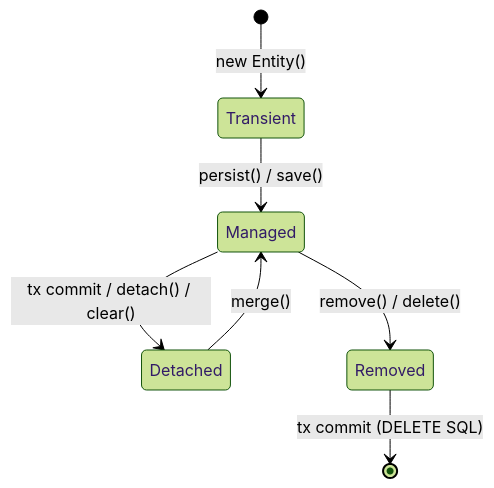
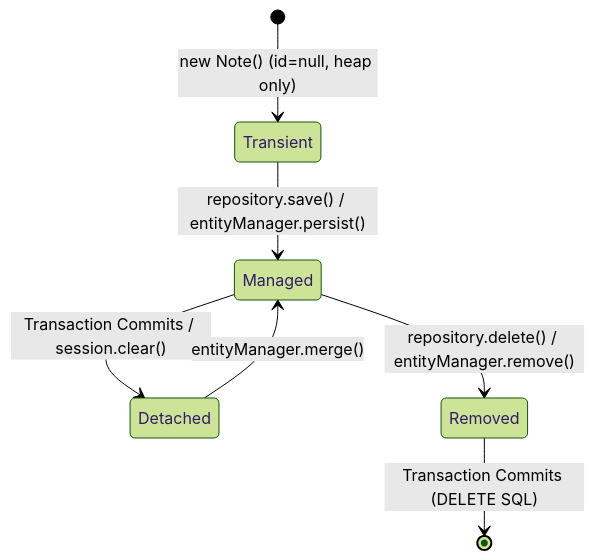
One commit to weaponxwolf/backend-engineering-mastry changed the third of 4 diagrams in docs/spring-boot/jpa-hibernate.mdx. Above: the diagram before and after it, drawn with Mermaid (forest theme). The commit also changed other lines of this file and 14 other files, not shown here.

Commit message:
docs: refactor and expand JPA and Hibernate architecture guide with physical memory and performance insights

````diff
--- a/docs/spring-boot/jpa-hibernate.mdx
+++ b/docs/spring-boot/jpa-hibernate.mdx
@@ -40,9 +193,9 @@
 ```mermaid
 stateDiagram-v2
-    [*] --> Transient : new Entity()
-    Transient --> Managed : persist() / save()
-    Managed --> Detached : tx commit / detach() / clear()
-    Detached --> Managed : merge()
-    Managed --> Removed : remove() / delete()
-    Removed --> [*] : tx commit (DELETE SQL)
+    [*] --> Transient : new Note() (id=null, heap only)
+    Transient --> Managed : repository.save() / entityManager.persist()
+    Managed --> Detached : Transaction Commits / session.clear()
+    Detached --> Managed : entityManager.merge()
+    Managed --> Removed : repository.delete() / entityManager.remove()
+    Removed --> [*] : Transaction Commits (DELETE SQL)
 ```
````
